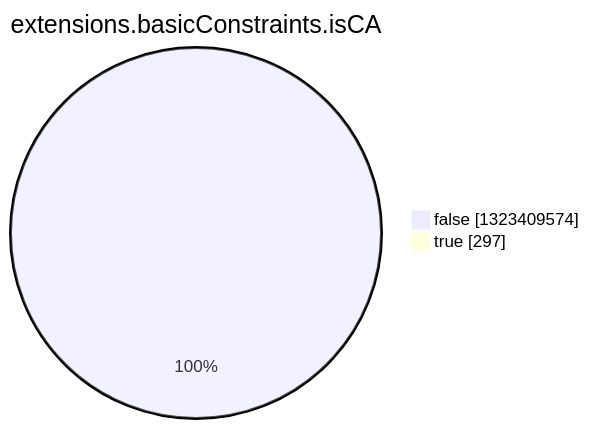
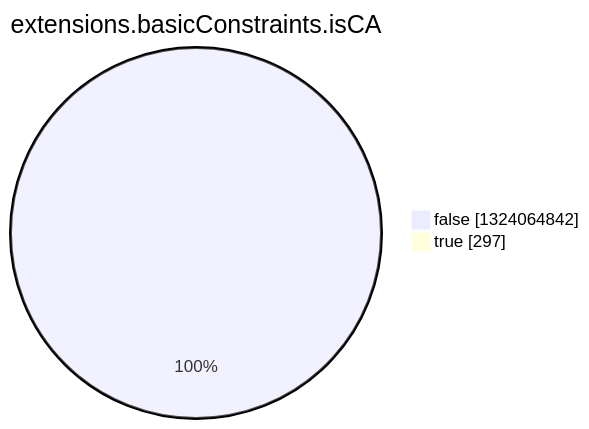
Before and after one commit to christiankrug/ctmonitor_visualization: the eighth of 15 diagrams in argon2022/README.md, drawn with Mermaid. The commit also changed other lines of this file, not shown here.

````diff
--- a/argon2022/README.md
+++ b/argon2022/README.md
@@ -2758,6 +2758,6 @@
 ```mermaid
 pie showData
 title extensions.basicConstraints.isCA
-"false" :1323409574
+"false" :1324064842
 "true" :297
 ```
````
